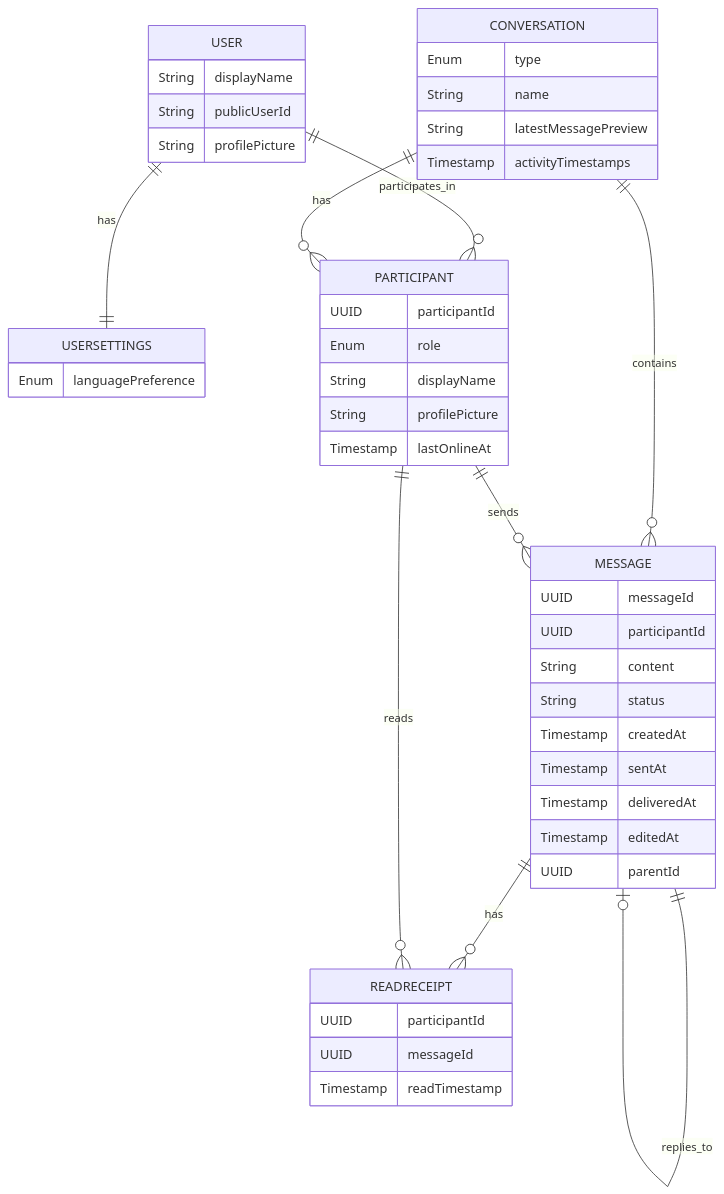
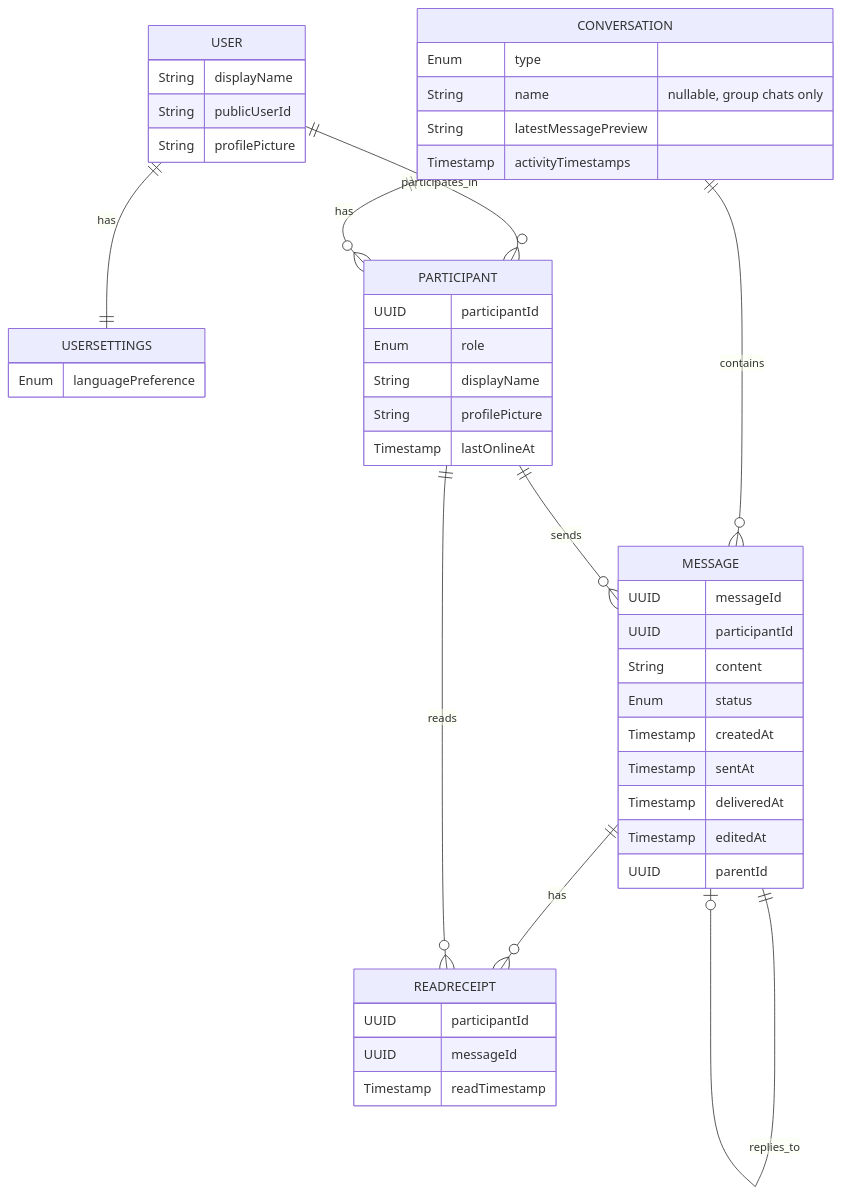
Before and after one commit to timurgilfanov/messenger: the diagram in docs/Specification.md, drawn with Mermaid. The commit also changed other lines of this file, not shown here.

````diff
--- a/docs/Specification.md
+++ b/docs/Specification.md
@@ -275,49 +277,49 @@
 ```mermaid
 erDiagram
     USER {
         String displayName
         String publicUserId
         String profilePicture
     }
     USERSETTINGS {
         Enum languagePreference
     }
     CONVERSATION {
         Enum type
-        String name
+        String name "nullable, group chats only"
         String latestMessagePreview
         Timestamp activityTimestamps
     }
     PARTICIPANT {
         UUID participantId
         Enum role
         String displayName
         String profilePicture
         Timestamp lastOnlineAt
     }
     MESSAGE {
         UUID messageId
         UUID participantId
         String content
-        String status
+        Enum status
         Timestamp createdAt
         Timestamp sentAt
         Timestamp deliveredAt
         Timestamp editedAt
         UUID parentId
     }
     READRECEIPT {
         UUID participantId
         UUID messageId
         Timestamp readTimestamp
     }
 
     USER ||--o{ PARTICIPANT : participates_in
     USER ||--|| USERSETTINGS : has
     CONVERSATION ||--o{ PARTICIPANT : has
     CONVERSATION ||--o{ MESSAGE : contains
     MESSAGE ||--o{ READRECEIPT : has
     MESSAGE ||--o| MESSAGE : replies_to
     PARTICIPANT ||--o{ MESSAGE : sends
     PARTICIPANT ||--o{ READRECEIPT : reads
 ```
````
